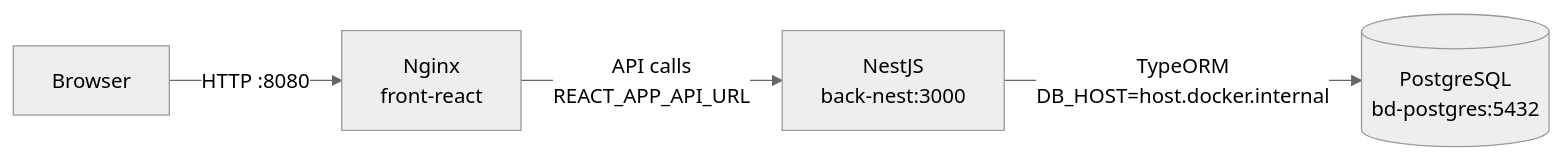
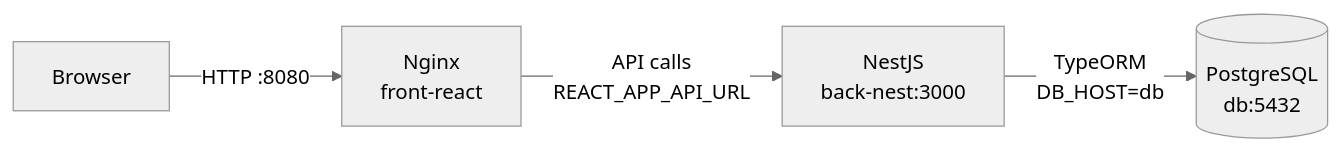
One commit to Cronos186/NotiPoliWeb changed the diagram in README.md. Above: the diagram before and after it, drawn with Mermaid (neutral theme). The commit also changed other lines of this file and 10 other files, not shown here.

````diff
--- a/README.md
+++ b/README.md
@@ -231,6 +247,6 @@
 ```mermaid
 flowchart LR
     A[Browser] -->|HTTP :8080| B[Nginx\nfront-react]
     B -->|API calls\nREACT_APP_API_URL| C[NestJS\nback-nest:3000]
-    C -->|TypeORM\nDB_HOST=host.docker.internal| D[(PostgreSQL\nbd-postgres:5432)]
+    C -->|TypeORM\nDB_HOST=db| D[(PostgreSQL\ndb:5432)]
 ```
````
